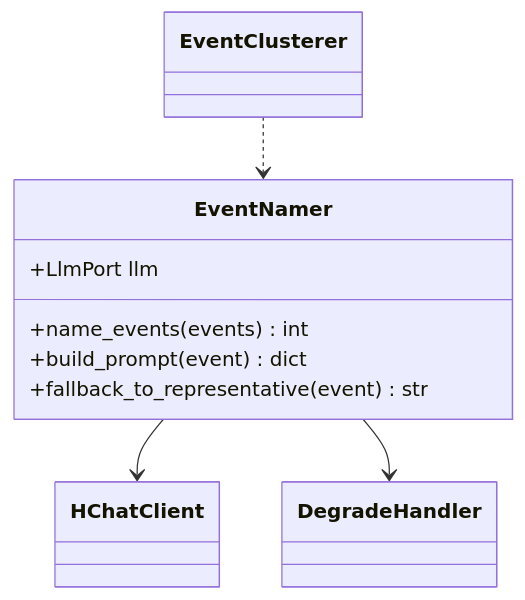
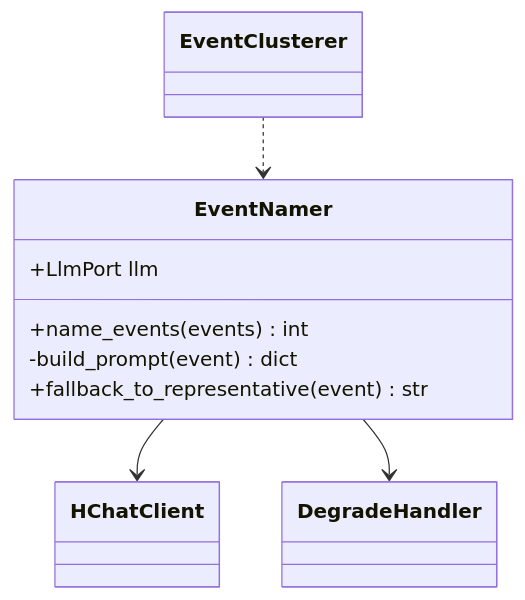
One commit to HoyoungParkme/tableau_platform changed diagram 17 of 29 in docs/specs/06-DOM/TBL-DOM-002.md. Above: the diagram before and after it, drawn with Mermaid. The commit also changed other lines of this file, not shown here.

Commit message:
교차 검증 지적 반영: A 리포트 열람 경로(read_report_document·publish_a_report) 신설, 도메인 상태 신호등을 5단계 판정 산출물로 확정(build_domain_status), 클래스 다이어그램을 MS 시그니처에 맞춤(공개·사설 조정, 반환형·llm 인자), 3장 대괄호 참조 정정, 개정 서술을 현재 상태 서술로 교체

````diff
--- a/docs/specs/06-DOM/TBL-DOM-002.md
+++ b/docs/specs/06-DOM/TBL-DOM-002.md
@@ -720,12 +733,12 @@
 ```mermaid
 classDiagram
   class EventNamer {
     +LlmPort llm
     +name_events(events) int
-    +build_prompt(event) dict
+    -build_prompt(event) dict
     +fallback_to_representative(event) str
   }
   EventNamer --> HChatClient
   EventNamer --> DegradeHandler
   EventClusterer ..> EventNamer
 ```
````
